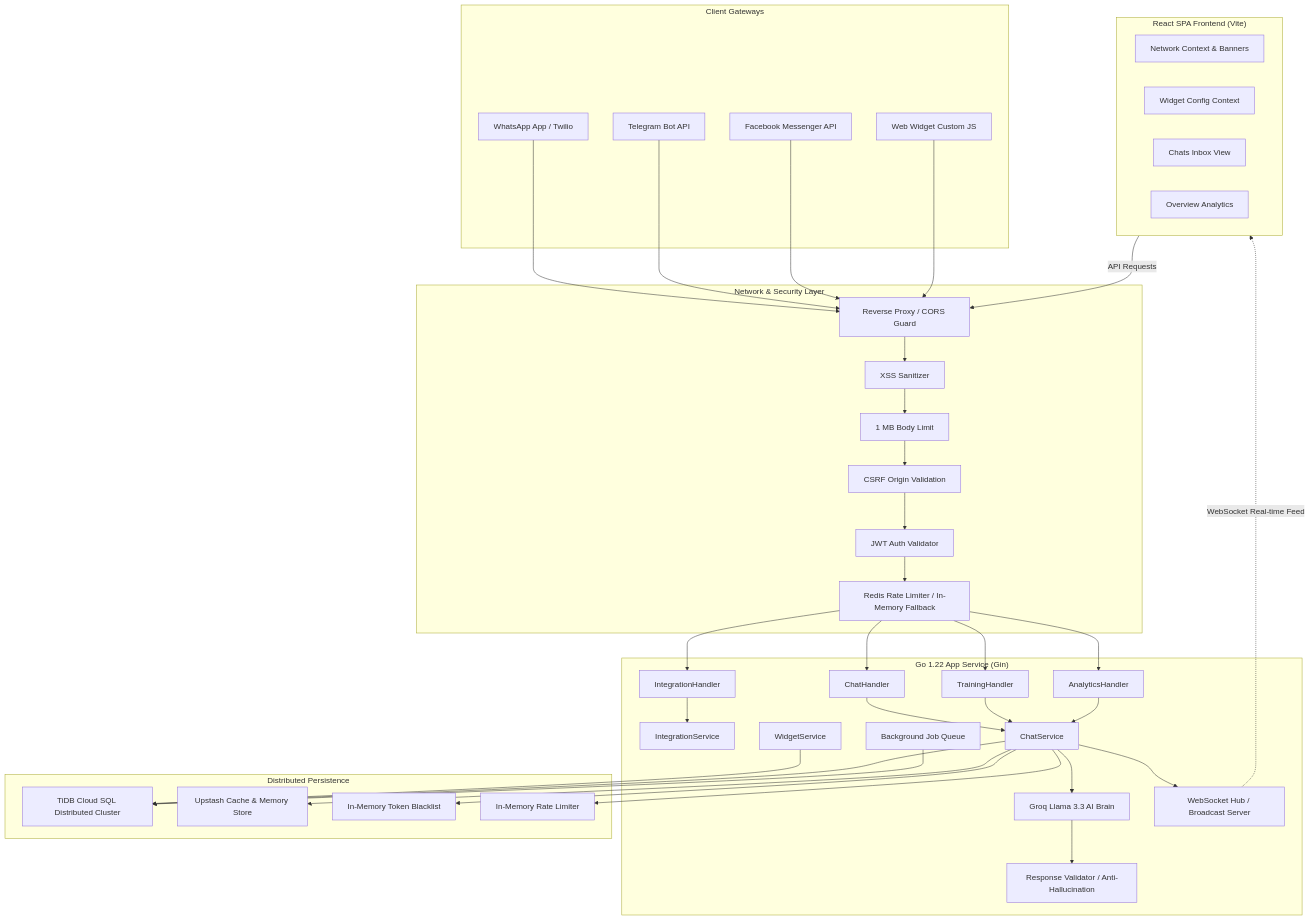
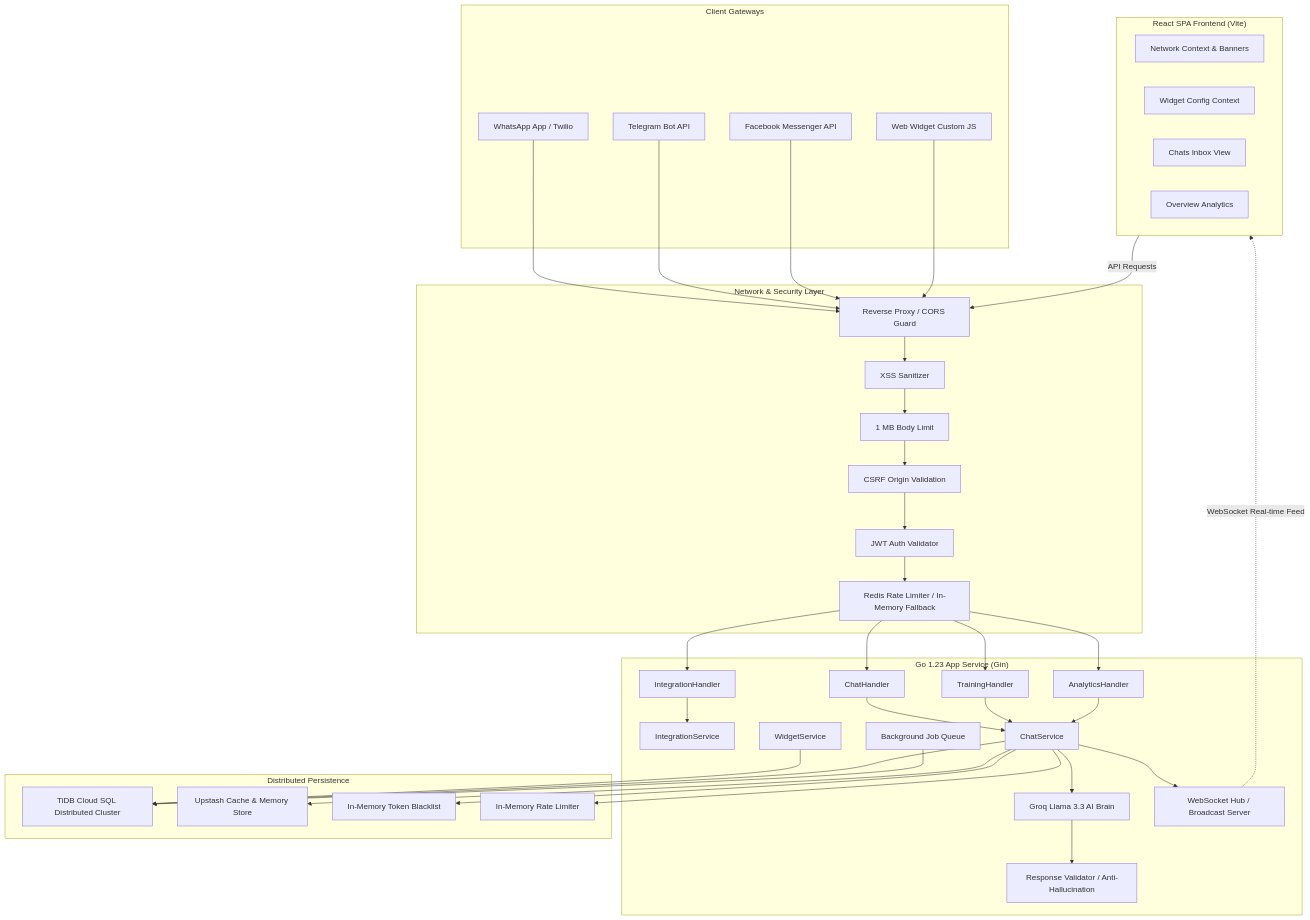
Before and after one commit to noant-enterprise/noant: the first of 3 diagrams in README.md, drawn with Mermaid. The commit also changed other lines of this file and 6 other files, not shown here.

```diff
--- a/README.md
+++ b/README.md
@@ -150,7 +174,7 @@
         SANITIZE[XSS Sanitizer]
     end
 
-    subgraph Backend ["Go 1.22 App Service (Gin)"]
+    subgraph Backend ["Go 1.23 App Service (Gin)"]
         H_CHATS[ChatHandler]
         H_INTEG[IntegrationHandler]
         H_TRAIN[TrainingHandler]
```
